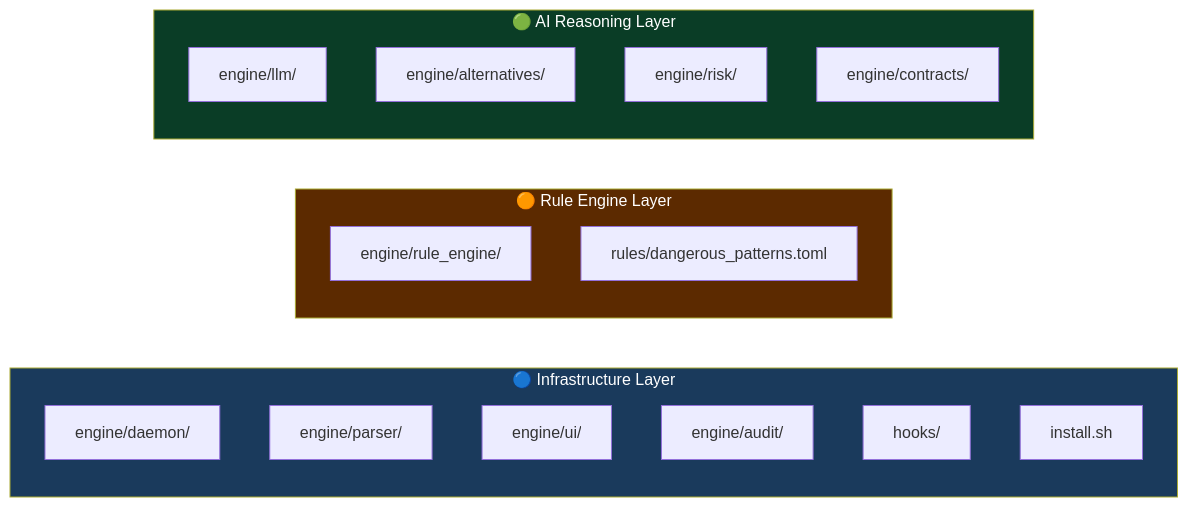
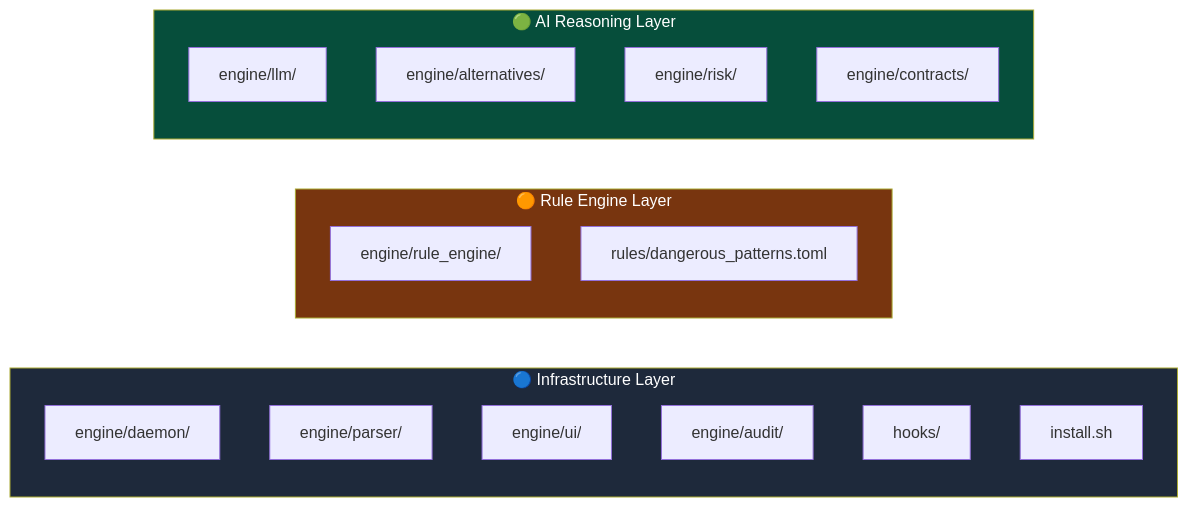
One commit to OliveishPraveen/AI-Based-System-Intent-Engine changed the second of 2 diagrams in docs/PROJECT_STRUCTURE.md. Above: the diagram before and after it, drawn with Mermaid. The commit also changed other lines of this file and 2 other files, not shown here.

Commit message:
docs: Fix mermaid gantt chart parsing and improve color aesthetics

````diff
--- a/docs/PROJECT_STRUCTURE.md
+++ b/docs/PROJECT_STRUCTURE.md
@@ -89,27 +89,27 @@
 ```mermaid
 graph LR
     subgraph Infra["🔵 Infrastructure Layer"]
         H1["engine/daemon/"]
         H2["engine/parser/"]
         H3["engine/ui/"]
         H4["engine/audit/"]
         H5["hooks/"]
         H6["install.sh"]
     end
 
     subgraph Rules["🟠 Rule Engine Layer"]
         P1["engine/rule_engine/"]
         P2["rules/dangerous_patterns.toml"]
     end
 
     subgraph AI["🟢 AI Reasoning Layer"]
         V1["engine/llm/"]
         V2["engine/alternatives/"]
         V3["engine/risk/"]
         V4["engine/contracts/"]
     end
 
-    style Infra fill:#1a3a5c,color:#fff
-    style Rules fill:#5c2a00,color:#fff
-    style AI fill:#0a3d26,color:#fff
+    style Infra fill:#1e293b,color:#fff
+    style Rules fill:#78350f,color:#fff
+    style AI fill:#064e3b,color:#fff
 ```
````
